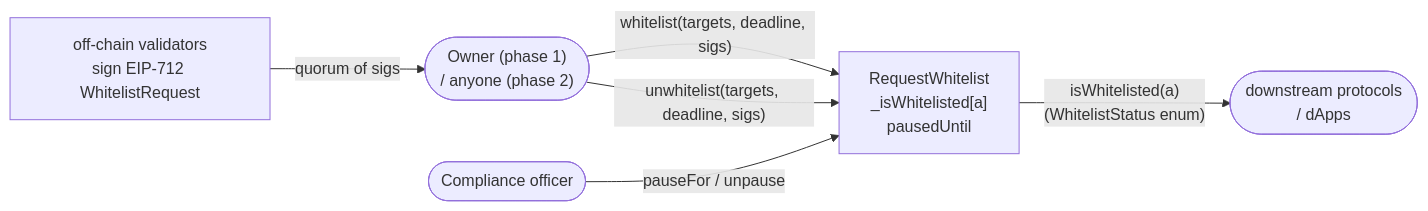
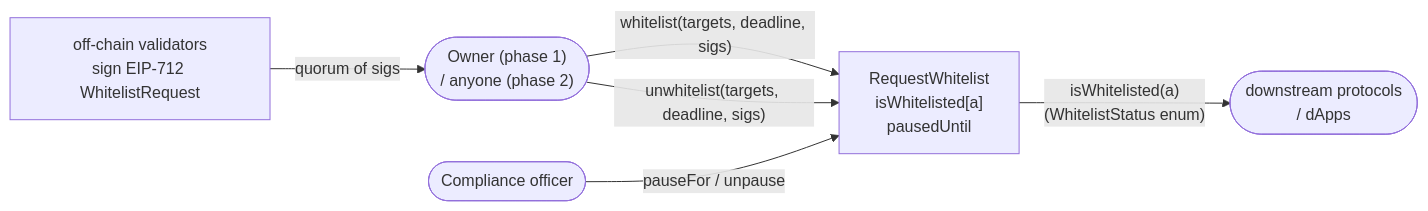
One commit to 3FLabs/3f-request-whitelist changed the diagram in README.md. Above: the diagram before and after it, drawn with Mermaid. The commit also changed other lines of this file and 7 other files, not shown here.

````diff
--- a/README.md
+++ b/README.md
@@ -16,14 +16,14 @@
 ```mermaid
 flowchart LR
     V["off-chain validators<br/>sign EIP-712 WhitelistRequest"]
     S(["Owner (phase 1)<br/>/ anyone (phase 2)"])
     C(["Compliance officer"])
-    WL["RequestWhitelist<br/>_isWhitelisted[a]<br/>pausedUntil"]
+    WL["RequestWhitelist<br/>isWhitelisted[a]<br/>pausedUntil"]
     D(["downstream protocols<br/>/ dApps"])
 
     V -- "quorum of sigs" --> S
     S -- "whitelist(targets, deadline, sigs)" --> WL
     S -- "unwhitelist(targets, deadline, sigs)" --> WL
     C -- "pauseFor / unpause" --> WL
     WL -- "isWhitelisted(a)<br/>(WhitelistStatus enum)" --> D
 ```
````
